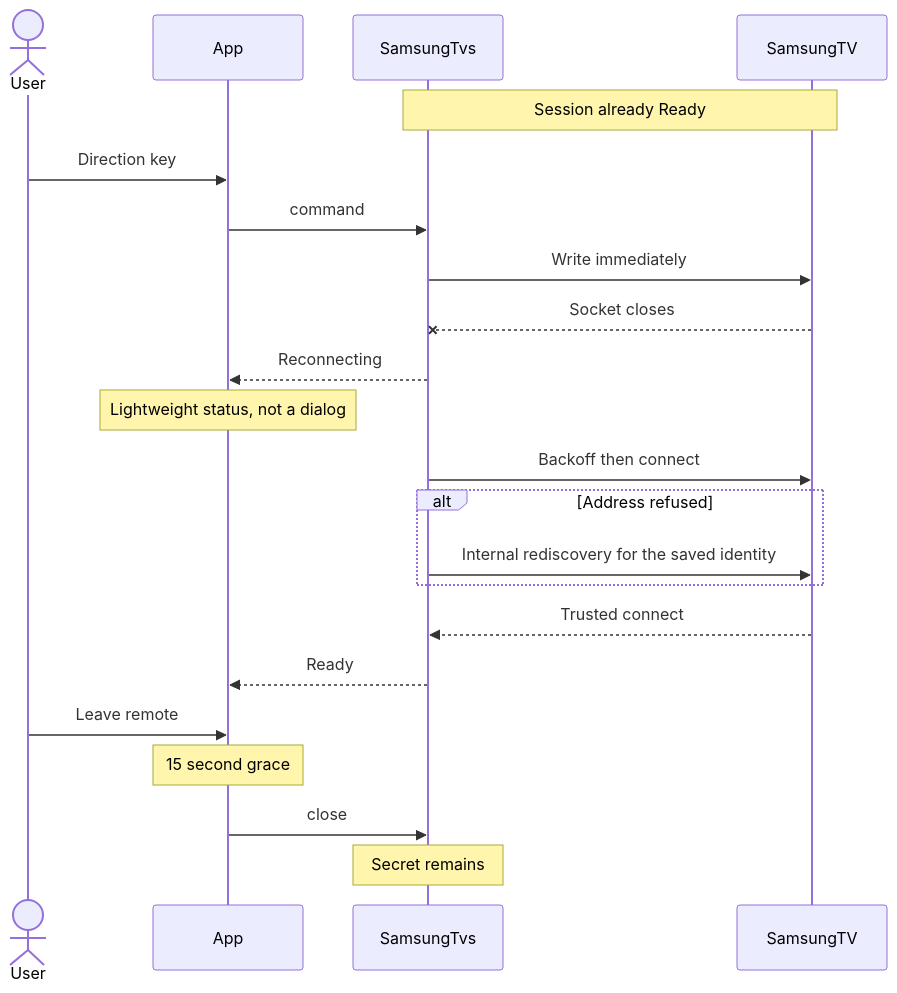
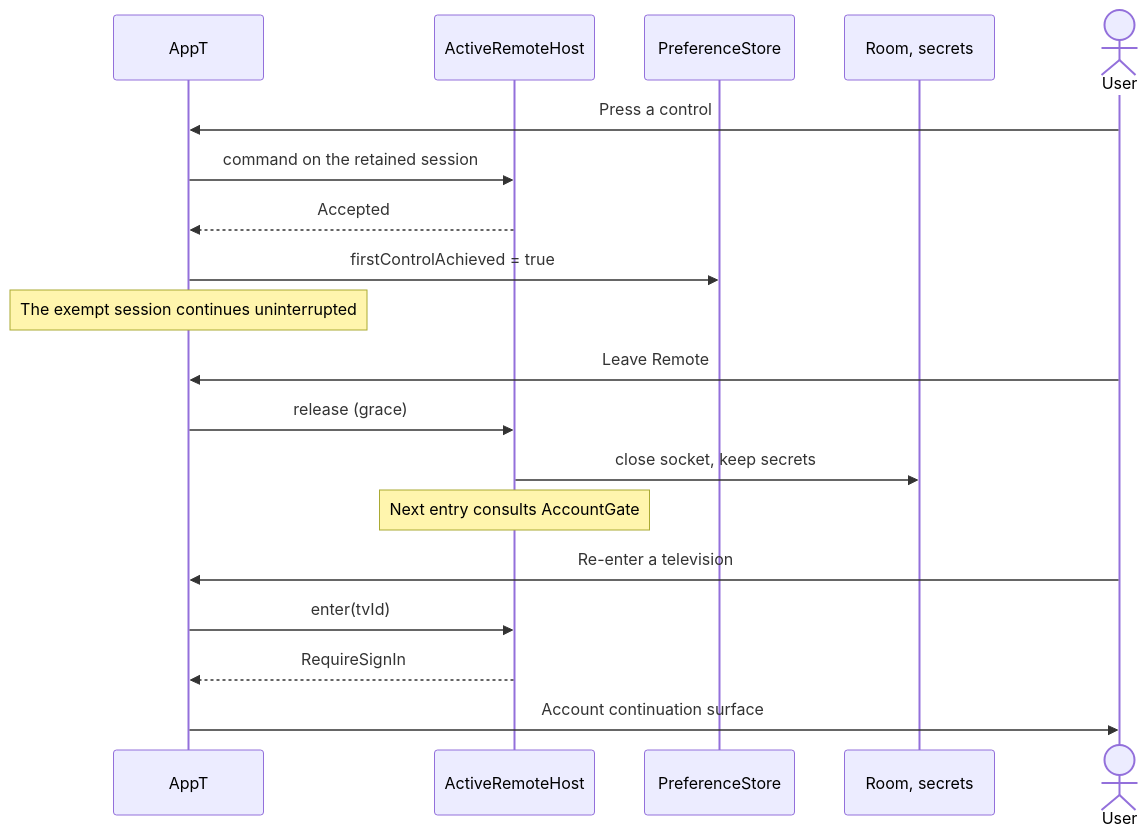
The second of 14 diagrams in docs/architecture/flows.md (anthracite-labs/AppT), drawn with Mermaid before and after one commit. The commit also changed other lines of this file and 21 other files, not shown here.

First line of the commit message:
Complete V1 architecture closure and rebuild the implementation slice map

````diff
--- a/docs/architecture/flows.md
+++ b/docs/architecture/flows.md
@@ -54,24 +53,21 @@
 ```mermaid
 sequenceDiagram
+  participant App as AppT
+  participant Host as ActiveRemoteHost
+  participant Prefs as PreferenceStore
+  participant Storage as Room, secrets
   actor User
-  participant App
-  participant Samsung as SamsungTvs
-  participant TV as SamsungTV
-  Note over Samsung,TV: Session already Ready
-  User->>App: Direction key
-  App->>Samsung: command
-  Samsung->>TV: Write immediately
-  TV --x Samsung: Socket closes
-  Samsung-->>App: Reconnecting
-  Note over App: Lightweight status, not a dialog
-  Samsung->>TV: Backoff then connect
-  alt Address refused
-    Samsung->>TV: Internal rediscovery for the saved identity
-  end
-  TV-->>Samsung: Trusted connect
-  Samsung-->>App: Ready
-  User->>App: Leave remote
-  Note over App: 15 second grace
-  App->>Samsung: close
-  Note over Samsung: Secret remains
+  User->>App: Press a control
+  App->>Host: command on the retained session
+  Host-->>App: Accepted
+  App->>Prefs: firstControlAchieved = true
+  Note over App: The exempt session continues uninterrupted
+  User->>App: Leave Remote
+  App->>Host: release (grace)
+  Host->>Storage: close socket, keep secrets
+  Note over Host: Next entry consults AccountGate
+  User->>App: Re-enter a television
+  App->>Host: enter(tvId)
+  Host-->>App: RequireSignIn
+  App->>User: Account continuation surface
 ```
````
